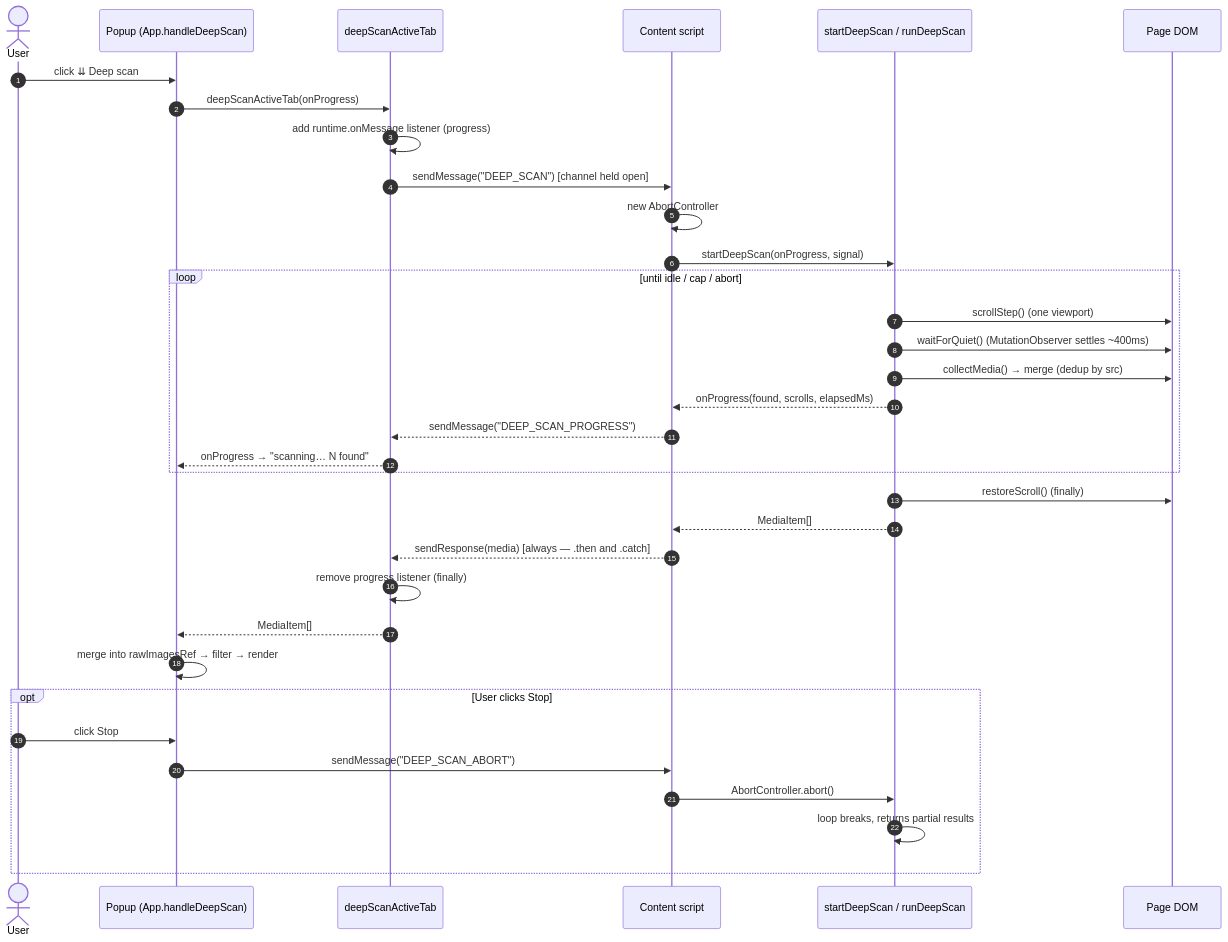
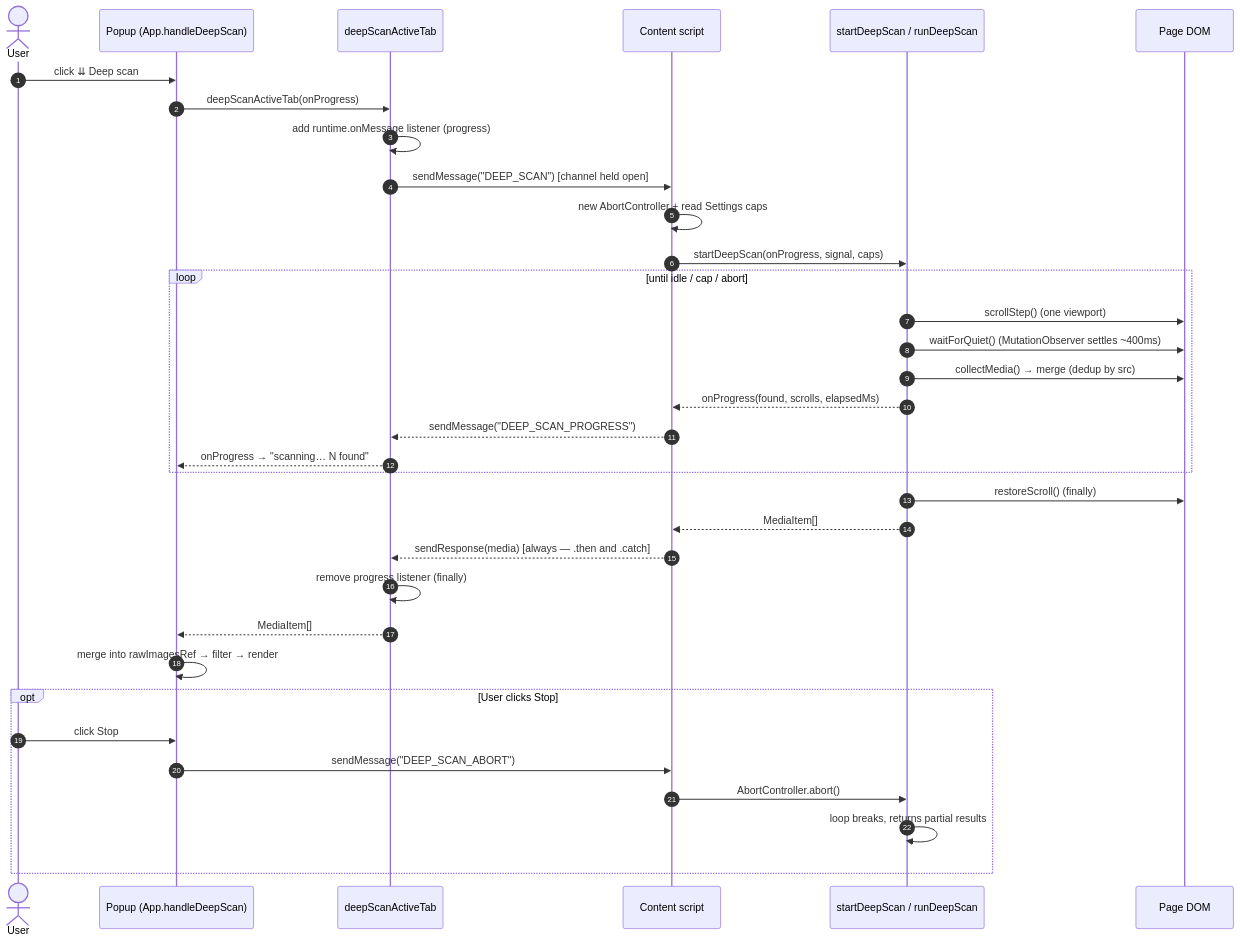
One commit to mralaminahamed/media-bulk-downloads changed the first of 3 diagrams in docs/guides/deep-scan.md. Above: the diagram before and after it, drawn with Mermaid. The commit also changed other lines of this file and 5 other files, not shown here.

````diff
--- a/docs/guides/deep-scan.md
+++ b/docs/guides/deep-scan.md
@@ -10,38 +10,38 @@
 ```mermaid
 sequenceDiagram
   autonumber
   actor U as User
   participant P as Popup (App.handleDeepScan)
   participant C as deepScanActiveTab
   participant CS as Content script
   participant R as startDeepScan / runDeepScan
   participant DOM as Page DOM
 
   U->>P: click ⇊ Deep scan
   P->>C: deepScanActiveTab(onProgress)
   C->>C: add runtime.onMessage listener (progress)
   C->>CS: sendMessage("DEEP_SCAN")  [channel held open]
-  CS->>CS: new AbortController
-  CS->>R: startDeepScan(onProgress, signal)
+  CS->>CS: new AbortController + read Settings caps
+  CS->>R: startDeepScan(onProgress, signal, caps)
   loop until idle / cap / abort
     R->>DOM: scrollStep() (one viewport)
     R->>DOM: waitForQuiet() (MutationObserver settles ~400ms)
     R->>DOM: collectMedia() → merge (dedup by src)
     R-->>CS: onProgress(found, scrolls, elapsedMs)
     CS-->>C: sendMessage("DEEP_SCAN_PROGRESS")
     C-->>P: onProgress → "scanning… N found"
   end
   R->>DOM: restoreScroll() (finally)
   R-->>CS: MediaItem[]
   CS-->>C: sendResponse(media)  [always — .then and .catch]
   C->>C: remove progress listener (finally)
   C-->>P: MediaItem[]
   P->>P: merge into rawImagesRef → filter → render
 
   opt User clicks Stop
     U->>P: click Stop
     P->>CS: sendMessage("DEEP_SCAN_ABORT")
     CS->>R: AbortController.abort()
     R->>R: loop breaks, returns partial results
   end
 ```
````
